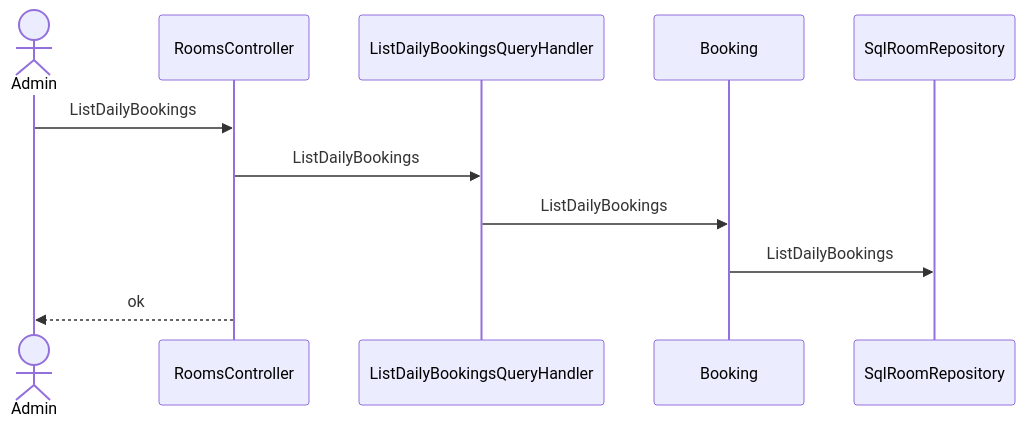
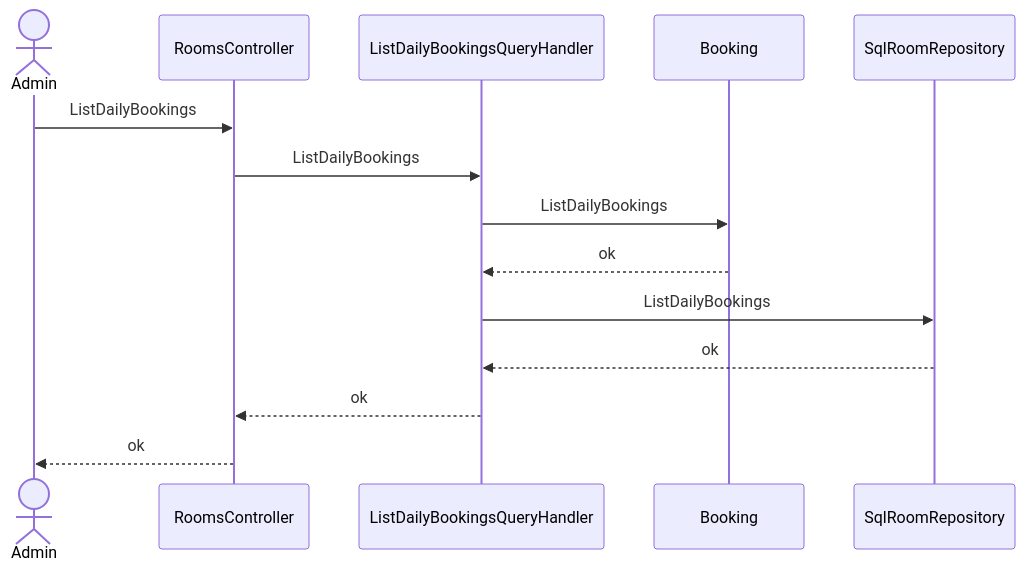
The sixth of 6 diagrams in skills/spec-dev-process/examples/matrix/be-only-en-s2/specs/rd/room-booking/spec/30-architecture-c4.md (pin0513/AITools), drawn with Mermaid before and after one commit. The commit also changed other lines of this file and 257 other files, not shown here.

````diff
--- a/skills/spec-dev-process/examples/matrix/be-only-en-s2/specs/rd/room-booking/spec/30-architecture-c4.md
+++ b/skills/spec-dev-process/examples/matrix/be-only-en-s2/specs/rd/room-booking/spec/30-architecture-c4.md
@@ -125,13 +132,16 @@
 ```mermaid
 sequenceDiagram
   actor U as Admin
   participant CMP001 as RoomsController
   participant CMP005 as ListDailyBookingsQueryHandler
   participant CMP006 as Booking
   participant CMP007 as SqlRoomRepository
   U->>CMP001: ListDailyBookings
   CMP001->>CMP005: ListDailyBookings
   CMP005->>CMP006: ListDailyBookings
-  CMP006->>CMP007: ListDailyBookings
+  CMP006-->>CMP005: ok
+  CMP005->>CMP007: ListDailyBookings
+  CMP007-->>CMP005: ok
+  CMP005-->>CMP001: ok
   CMP001-->>U: ok
 ```
````
